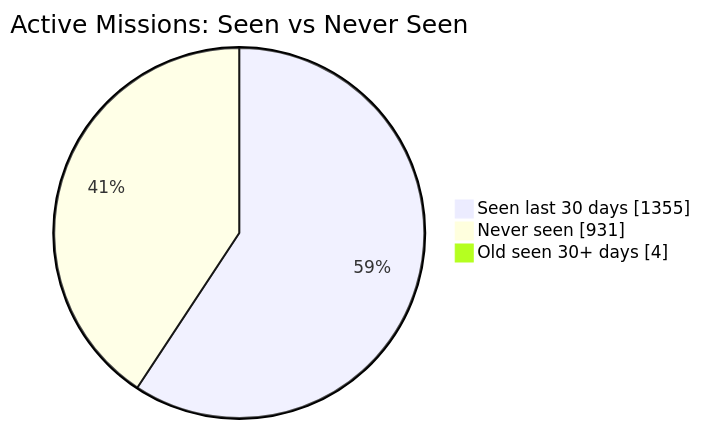
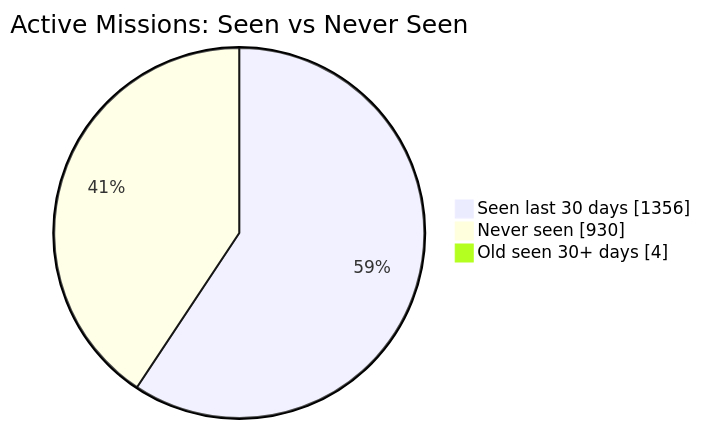
One commit to MeldkamerspelGameTeam/active-missions changed the first of 2 diagrams in README.md. Above: the diagram before and after it, drawn with Mermaid. The commit also changed other lines of this file and 2 other files, not shown here.

````diff
--- a/README.md
+++ b/README.md
@@ -34,7 +34,7 @@
 ```mermaid
 pie showData
     title Active Missions: Seen vs Never Seen
-    "Seen last 30 days" : 1355
-    "Never seen" : 931
+    "Seen last 30 days" : 1356
+    "Never seen" : 930
     "Old seen 30+ days" : 4
 ```
````
